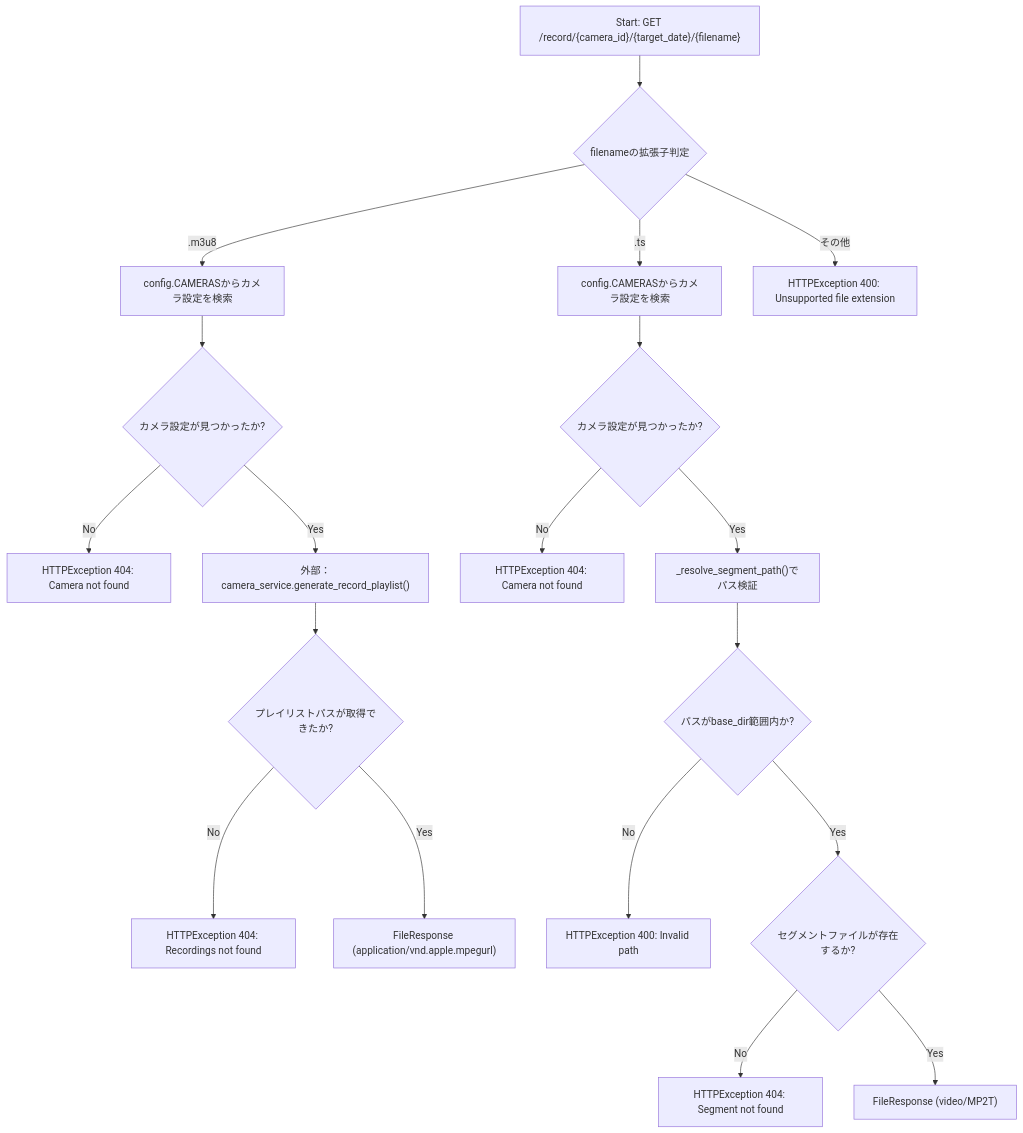
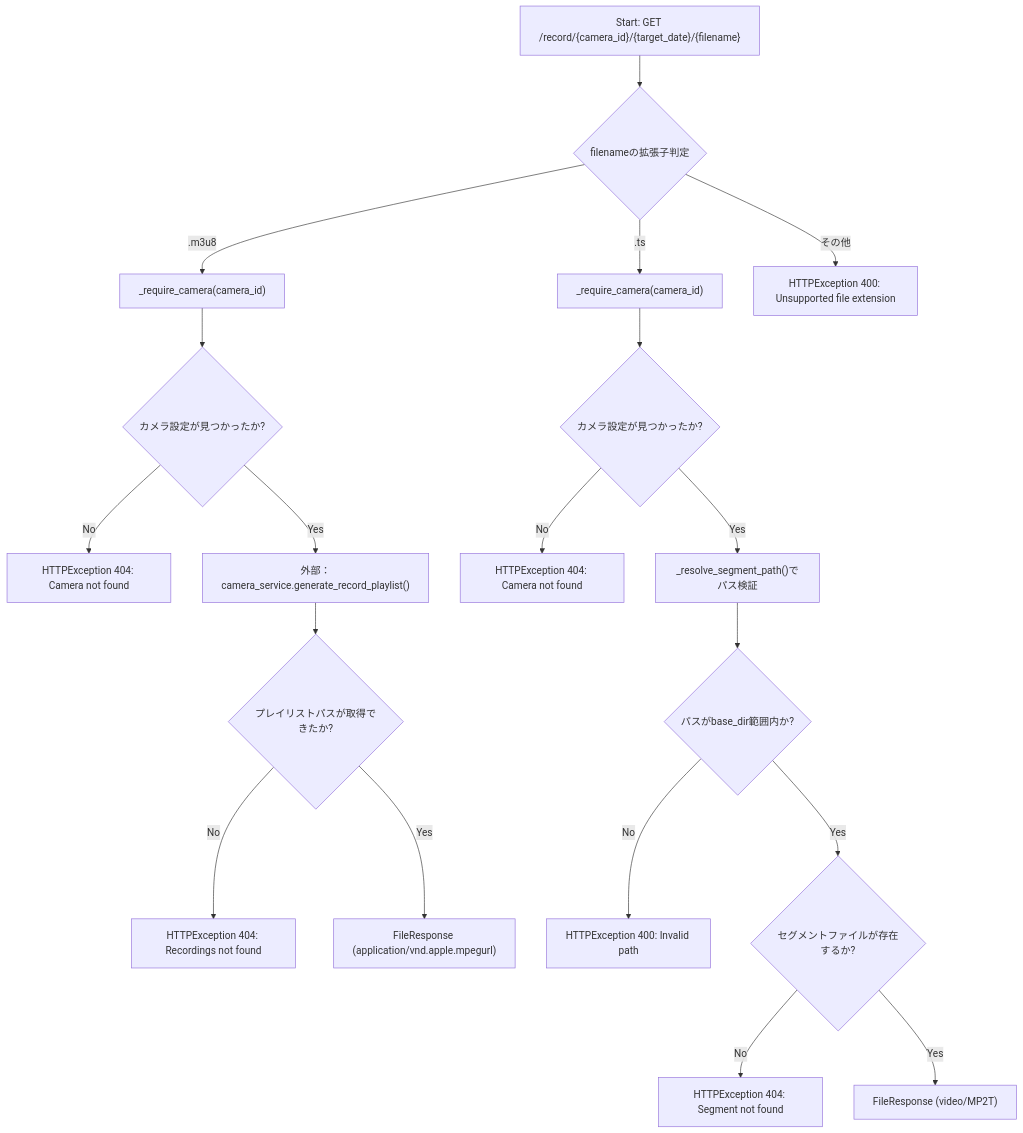
One commit to mmtigers/my_python_project changed the first of 2 diagrams in docs/specifications/MY_HOME_SYSTEM/camera_router.md. Above: the diagram before and after it, drawn with Mermaid. The commit also changed other lines of this file and 4 other files, not shown here.

````diff
--- a/docs/specifications/MY_HOME_SYSTEM/camera_router.md
+++ b/docs/specifications/MY_HOME_SYSTEM/camera_router.md
@@ -232,24 +256,24 @@
 ```mermaid
 flowchart TD
     Start["Start: GET /record/{camera_id}/{target_date}/{filename}"] --> ExtCheck{"filenameの拡張子判定"}
 
-    ExtCheck -- ".m3u8" --> FindCam1["config.CAMERASからカメラ設定を検索"]
-    FindCam1 --> CamFound1{"カメラ設定が見つかったか?"}
+    ExtCheck -- ".m3u8" --> ReqCam1["_require_camera(camera_id)"]
+    ReqCam1 --> CamFound1{"カメラ設定が見つかったか?"}
     CamFound1 -- No --> Err404a["HTTPException 404: Camera not found"]
     CamFound1 -- Yes --> GenPlaylist["外部：camera_service.generate_record_playlist()"]
     GenPlaylist --> PlaylistOk{"プレイリストパスが取得できたか?"}
     PlaylistOk -- No --> Err404b["HTTPException 404: Recordings not found"]
     PlaylistOk -- Yes --> RespM3u8["FileResponse (application/vnd.apple.mpegurl)"]
 
-    ExtCheck -- ".ts" --> FindCam2["config.CAMERASからカメラ設定を検索"]
-    FindCam2 --> CamFound2{"カメラ設定が見つかったか?"}
+    ExtCheck -- ".ts" --> ReqCam2["_require_camera(camera_id)"]
+    ReqCam2 --> CamFound2{"カメラ設定が見つかったか?"}
     CamFound2 -- No --> Err404c["HTTPException 404: Camera not found"]
     CamFound2 -- Yes --> ResolvePath["_resolve_segment_path()でパス検証"]
     ResolvePath --> PathValid{"パスがbase_dir範囲内か?"}
     PathValid -- No --> Err400["HTTPException 400: Invalid path"]
     PathValid -- Yes --> FileExists{"セグメントファイルが存在するか?"}
     FileExists -- No --> Err404d["HTTPException 404: Segment not found"]
     FileExists -- Yes --> RespTs["FileResponse (video/MP2T)"]
 
     ExtCheck -- "その他" --> Err400b["HTTPException 400: Unsupported file extension"]
 ```
````
